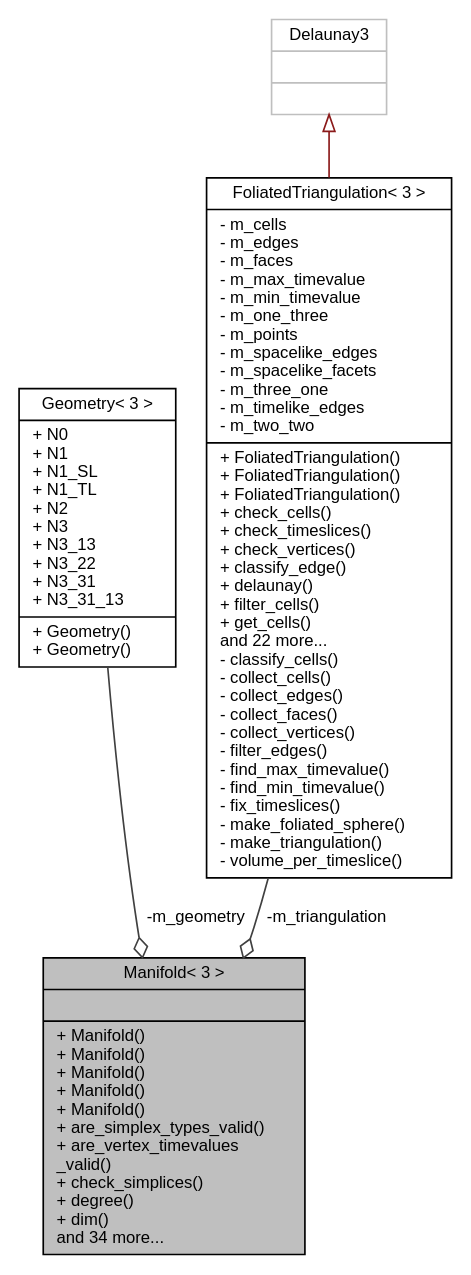
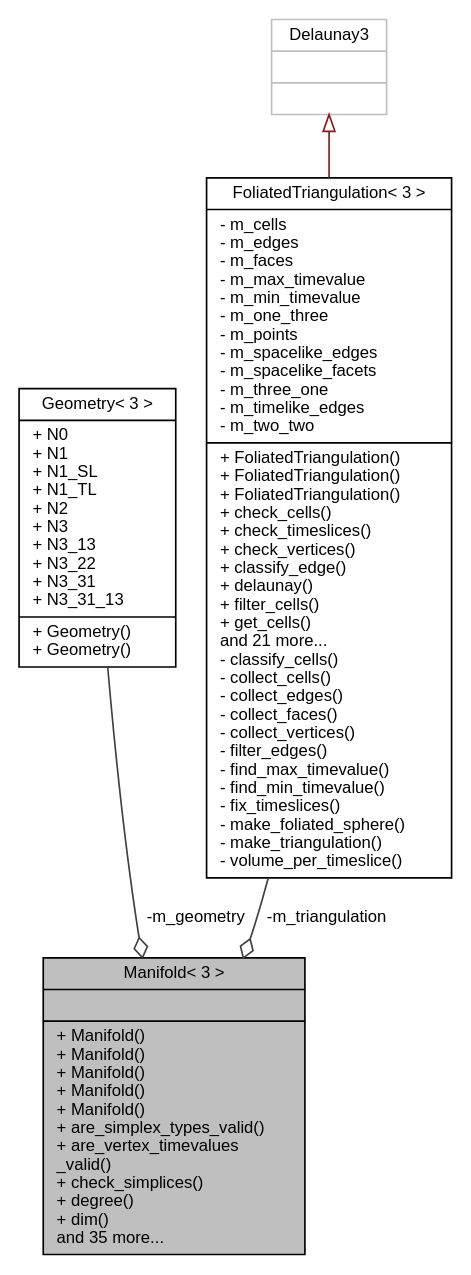
Before and after one commit to acgetchell/CDT-plusplus: the diagram in class_manifold_3_013_01_4__coll__graph.dot, drawn with Graphviz. The commit also changed 224 other files, not shown here.

```diff
--- a/class_manifold_3_013_01_4__coll__graph.dot
+++ b/class_manifold_3_013_01_4__coll__graph.dot
@@ -1,13 +1,13 @@
 digraph "Manifold&lt; 3 &gt;"
 {
  // LATEX_PDF_SIZE
   edge [fontname="Helvetica",fontsize="10",labelfontname="Helvetica",labelfontsize="10"];
   node [fontname="Helvetica",fontsize="10",shape=record];
-  Node1 [label="{Manifold\< 3 \>\n||+ Manifold()\l+ Manifold()\l+ Manifold()\l+ Manifold()\l+ Manifold()\l+ are_simplex_types_valid()\l+ are_vertex_timevalues\l_valid()\l+ check_simplices()\l+ degree()\l+ dim()\land 34 more...\l}",height=0.2,width=0.4,color="black", fillcolor="grey75", style="filled", fontcolor="black",tooltip="3D Manifold"];
+  Node1 [label="{Manifold\< 3 \>\n||+ Manifold()\l+ Manifold()\l+ Manifold()\l+ Manifold()\l+ Manifold()\l+ are_simplex_types_valid()\l+ are_vertex_timevalues\l_valid()\l+ check_simplices()\l+ degree()\l+ dim()\land 35 more...\l}",height=0.2,width=0.4,color="black", fillcolor="grey75", style="filled", fontcolor="black",tooltip="3D Manifold"];
   Node2 -> Node1 [color="grey25",fontsize="10",style="solid",label=" -m_geometry" ,arrowhead="odiamond",fontname="Helvetica"];
   Node2 [label="{Geometry\< 3 \>\n|+ N0\l+ N1\l+ N1_SL\l+ N1_TL\l+ N2\l+ N3\l+ N3_13\l+ N3_22\l+ N3_31\l+ N3_31_13\l|+ Geometry()\l+ Geometry()\l}",height=0.2,width=0.4,color="black", fillcolor="white", style="filled",URL="$struct_geometry_3_013_01_4.html",tooltip="3D Geometry"];
   Node3 -> Node1 [color="grey25",fontsize="10",style="solid",label=" -m_triangulation" ,arrowhead="odiamond",fontname="Helvetica"];
-  Node3 [label="{FoliatedTriangulation\< 3 \>\n|- m_cells\l- m_edges\l- m_faces\l- m_max_timevalue\l- m_min_timevalue\l- m_one_three\l- m_points\l- m_spacelike_edges\l- m_spacelike_facets\l- m_three_one\l- m_timelike_edges\l- m_two_two\l|+ FoliatedTriangulation()\l+ FoliatedTriangulation()\l+ FoliatedTriangulation()\l+ check_cells()\l+ check_timeslices()\l+ check_vertices()\l+ classify_edge()\l+ delaunay()\l+ filter_cells()\l+ get_cells()\land 22 more...\l- classify_cells()\l- collect_cells()\l- collect_edges()\l- collect_faces()\l- collect_vertices()\l- filter_edges()\l- find_max_timevalue()\l- find_min_timevalue()\l- fix_timeslices()\l- make_foliated_sphere()\l- make_triangulation()\l- volume_per_timeslice()\l}",height=0.2,width=0.4,color="black", fillcolor="white", style="filled",URL="$class_foliated_triangulation_3_013_01_4.html",tooltip="3D Triangulation"];
+  Node3 [label="{FoliatedTriangulation\< 3 \>\n|- m_cells\l- m_edges\l- m_faces\l- m_max_timevalue\l- m_min_timevalue\l- m_one_three\l- m_points\l- m_spacelike_edges\l- m_spacelike_facets\l- m_three_one\l- m_timelike_edges\l- m_two_two\l|+ FoliatedTriangulation()\l+ FoliatedTriangulation()\l+ FoliatedTriangulation()\l+ check_cells()\l+ check_timeslices()\l+ check_vertices()\l+ classify_edge()\l+ delaunay()\l+ filter_cells()\l+ get_cells()\land 21 more...\l- classify_cells()\l- collect_cells()\l- collect_edges()\l- collect_faces()\l- collect_vertices()\l- filter_edges()\l- find_max_timevalue()\l- find_min_timevalue()\l- fix_timeslices()\l- make_foliated_sphere()\l- make_triangulation()\l- volume_per_timeslice()\l}",height=0.2,width=0.4,color="black", fillcolor="white", style="filled",URL="$class_foliated_triangulation_3_013_01_4.html",tooltip="3D Triangulation"];
   Node4 -> Node3 [dir="back",color="firebrick4",fontsize="10",style="solid",arrowtail="onormal",fontname="Helvetica"];
   Node4 [label="{Delaunay3\n||}",height=0.2,width=0.4,color="grey75", fillcolor="white", style="filled",tooltip=" "];
 }
```
